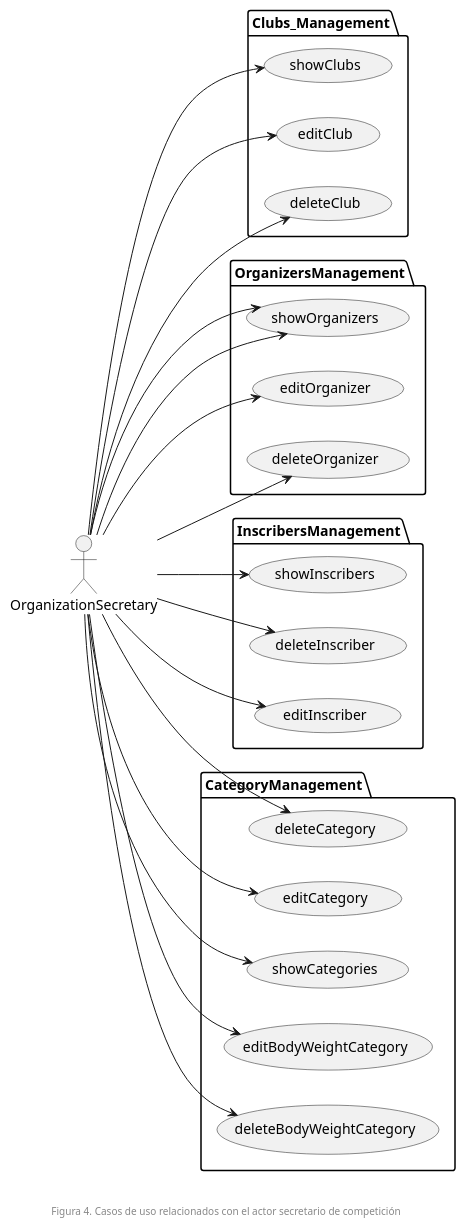
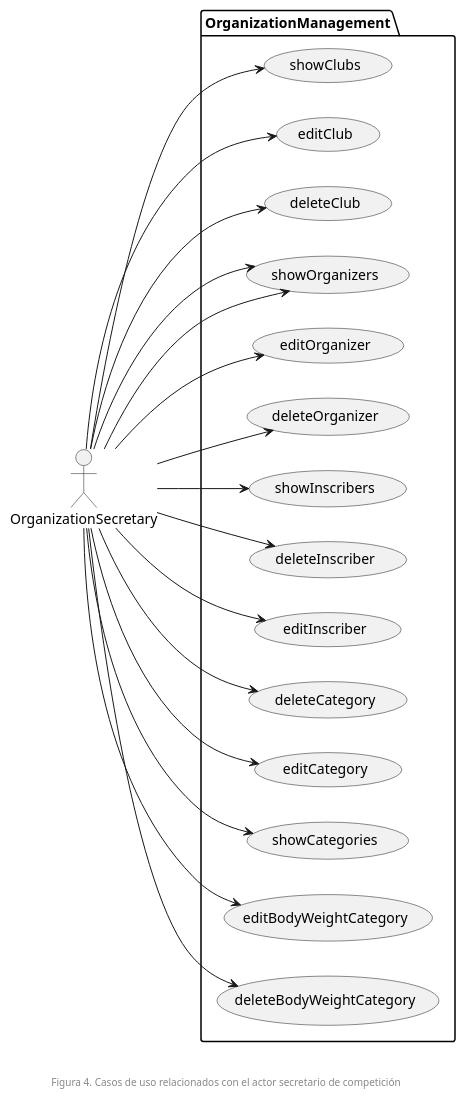
Before and after one commit to zuldare/mastercloud_pfm_halterocms: the diagram in documentation/diagrams/usecases/organizationSecretary.puml, drawn with PlantUML. The commit also changed 7 other files, not shown here.

```diff
--- a/documentation/diagrams/usecases/organizationSecretary.puml
+++ b/documentation/diagrams/usecases/organizationSecretary.puml
@@ -1,51 +1,42 @@
 @startuml
 
 left to right direction
 
-package Clubs_Management {
+package OrganizationManagement {
     usecase showClubs
     usecase editClub
     usecase deleteClub
-}
-
-package OrganizersManagement {
-  usecase showOrganizers
-  usecase editOrganizer
-  usecase deleteOrganizer
-}
-
-package InscribersManagement {
-  usecase showInscribers
-  usecase deleteInscriber
-  usecase editInscriber
-}
-
-package CategoryManagement {
-  usecase deleteCategory
-  usecase editCategory
-  usecase showCategories
-  usecase editBodyWeightCategory
-  usecase deleteBodyWeightCategory
+    usecase showOrganizers
+    usecase editOrganizer
+    usecase deleteOrganizer
+    usecase showInscribers
+    usecase deleteInscriber
+    usecase editInscriber
+    usecase deleteCategory
+    usecase editCategory
+    usecase showCategories
+    usecase editBodyWeightCategory
+    usecase deleteBodyWeightCategory
 }
 
 OrganizationSecretary --> showClubs
 OrganizationSecretary --> editClub
 OrganizationSecretary --> deleteClub
 OrganizationSecretary --> editBodyWeightCategory
 OrganizationSecretary --> deleteBodyWeightCategory
 
 OrganizationSecretary --> showOrganizers
 OrganizationSecretary --> editOrganizer
 OrganizationSecretary --> deleteOrganizer
 OrganizationSecretary --> showOrganizers
 
 OrganizationSecretary --> deleteInscriber
 OrganizationSecretary --> editInscriber
 OrganizationSecretary --> showInscribers
 
 OrganizationSecretary --> deleteCategory
 OrganizationSecretary --> editCategory
 OrganizationSecretary --> showCategories
 
 footer \n\nFigura 4. Casos de uso relacionados con el actor secretario de competición
 @enduml
```
